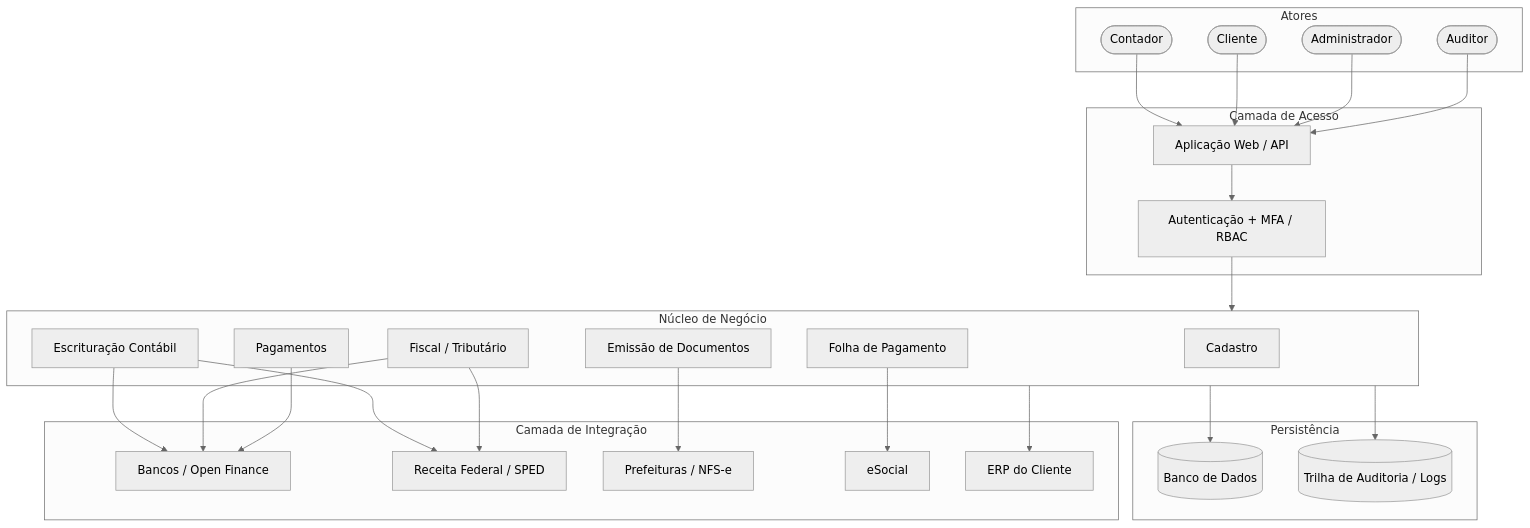
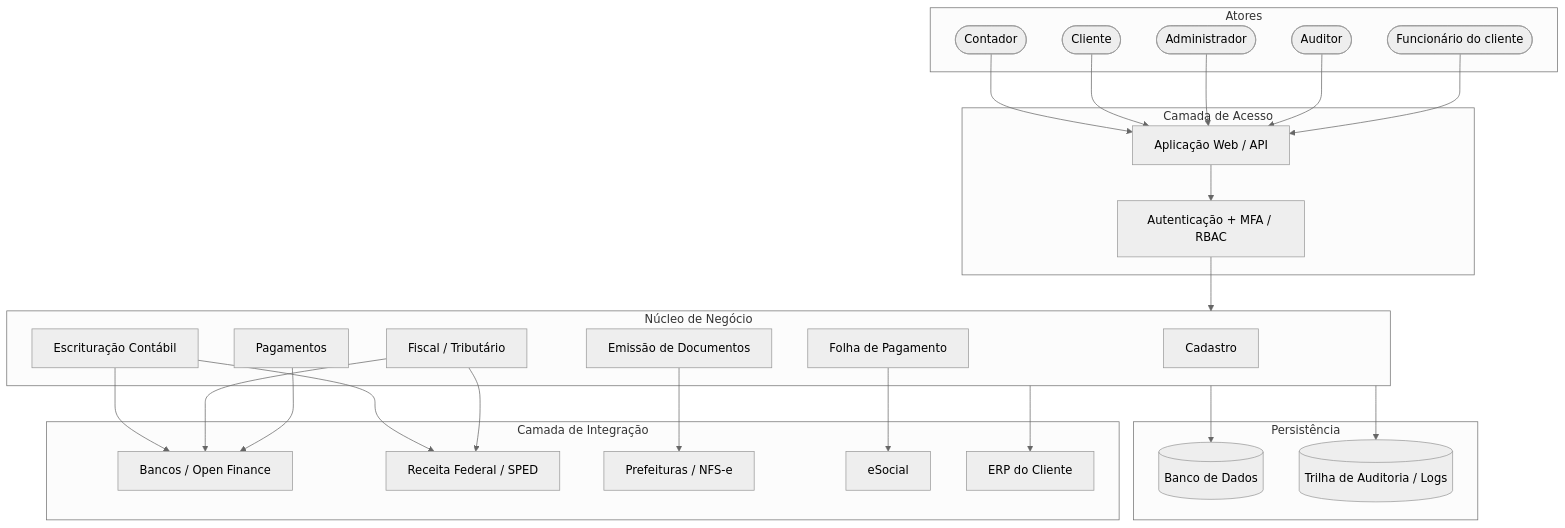
Before and after one commit to paulovitorcl/ess-grupo2: the first of 3 diagrams in docs/04-visao-geral-arquitetura-fluxo.md, drawn with Mermaid (neutral theme).

Commit message:
Inclui funcionário do cliente no diagrama de arquitetura

````diff
--- a/docs/04-visao-geral-arquitetura-fluxo.md
+++ b/docs/04-visao-geral-arquitetura-fluxo.md
@@ -11,47 +11,48 @@
 ```mermaid
 flowchart TB
     subgraph Atores["Atores"]
         Contador([Contador])
         Cliente([Cliente])
         Admin([Administrador])
         Auditor([Auditor])
+        Func([Funcionário do cliente])
     end
 
     subgraph Borda["Camada de Acesso"]
         WebAPI["Aplicação Web / API"]
         Auth["Autenticação + MFA / RBAC"]
     end
 
     subgraph Nucleo["Núcleo de Negócio"]
         Cadastro["Cadastro"]
         Escrit["Escrituração Contábil"]
         Fiscal["Fiscal / Tributário"]
         Folha["Folha de Pagamento"]
         Docs["Emissão de Documentos"]
         Pgto["Pagamentos"]
     end
 
     subgraph Dados["Persistência"]
         DB[("Banco de Dados")]
         Audit[("Trilha de Auditoria / Logs")]
     end
 
     subgraph Integr["Camada de Integração"]
         Banco["Bancos / Open Finance"]
         Receita["Receita Federal / SPED"]
         Pref["Prefeituras / NFS-e"]
         ESocial["eSocial"]
         ERP["ERP do Cliente"]
     end
 
-    Contador & Cliente & Admin & Auditor --> WebAPI
+    Contador & Cliente & Admin & Auditor & Func --> WebAPI
     WebAPI --> Auth
     Auth --> Nucleo
     Nucleo --> DB
     Nucleo --> Audit
     Escrit & Fiscal --> Banco & Receita
     Docs --> Pref
     Folha --> ESocial
     Nucleo --> ERP
     Pgto --> Banco
 ```
````
